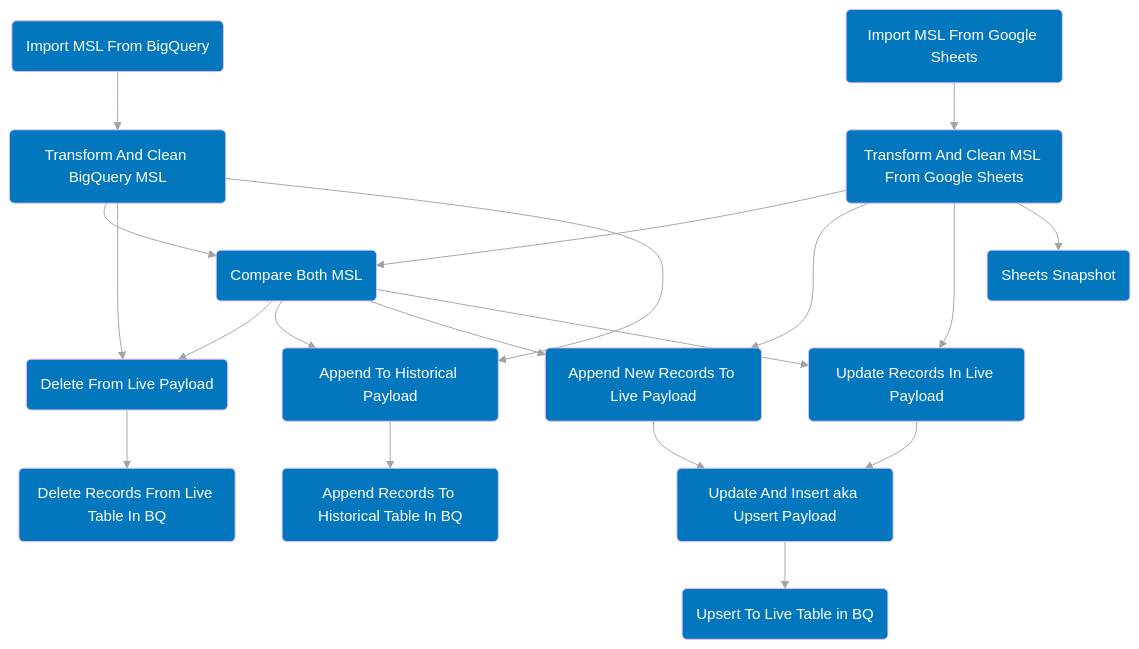
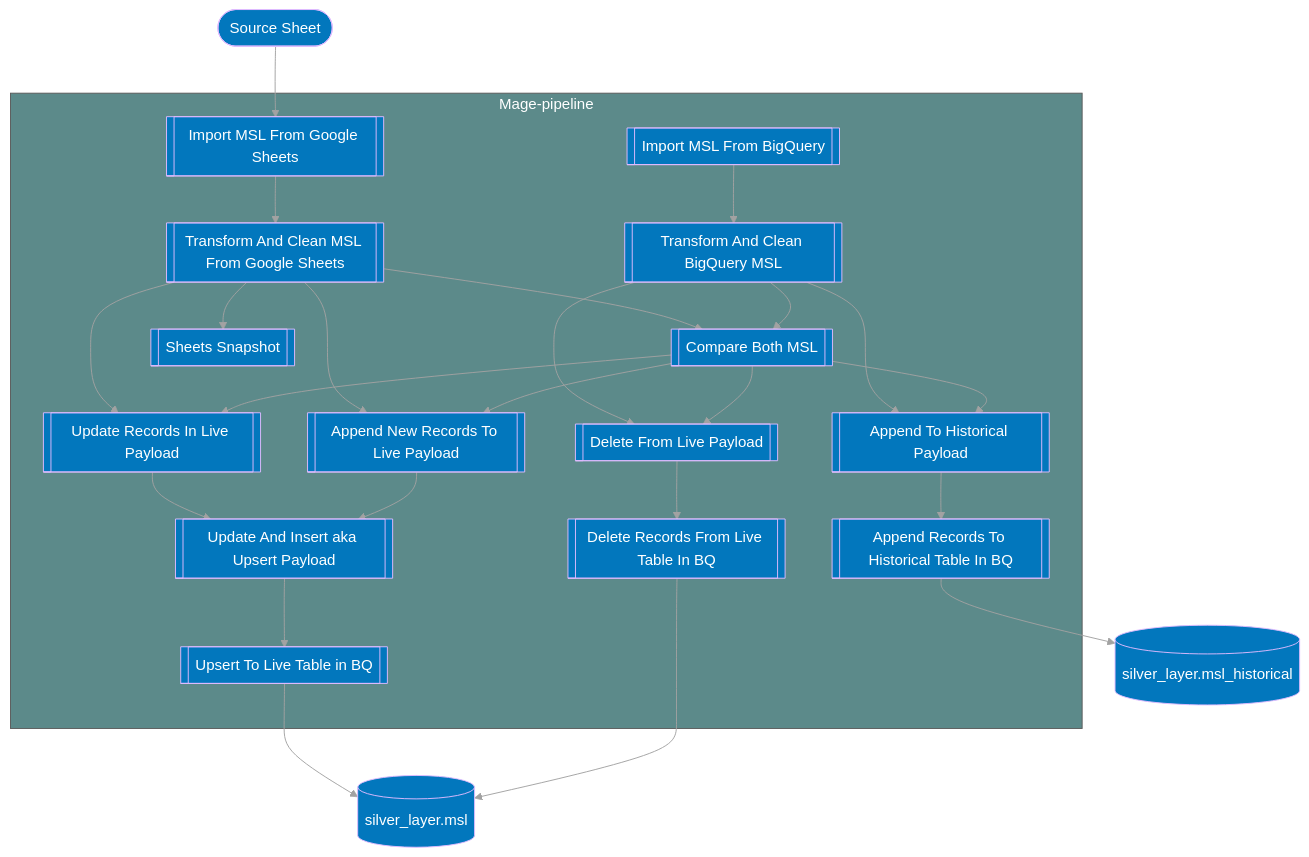
Before and after one commit to CarrierOps/1P-Wiki: the diagram in documentation/pipelines/msl.md, drawn with Mermaid. The commit also changed other lines of this file and 7 other files, not shown here.

````diff
--- a/documentation/pipelines/msl.md
+++ b/documentation/pipelines/msl.md
@@ -13,51 +13,64 @@
 ```mermaid
 %%{
   init: {
     'theme': 'base',
     'themeVariables': {
       'primaryColor': '#0277bd',
       'primaryTextColor': '#ffffff',
       'primaryBorderColor': '#e0bbff',
       'lineColor': '#a2a2a2',
       'secondaryColor': '#3f51b5',
       'tertiaryColor': '#5c8a8a',
       'tertiaryTextColor': '#ffffff'
     }
   }
 }%%
 
 flowchart TD
-id1(Import MSL From BigQuery)-->id2(Transform And Clean BigQuery MSL)
-id3(Import MSL From Google Sheets)--> id4(Transform And Clean MSL From Google Sheets)
-id2--> id5(Compare Both MSL)
+
+idsource([Source Sheet])
+idsource --> id3
+
+subgraph Mage-pipeline
+id1[[Import MSL From BigQuery]]-->id2[[Transform And Clean BigQuery MSL]]
+id3[[Import MSL From Google Sheets]]--> id4[[Transform And Clean MSL From Google Sheets]]
+id2--> id5[[Compare Both MSL]]
 id4 -->id5
-id6(Delete From Live Payload)
-id7(Append To Historical Payload)
-id8(Append New Records To Live Payload)
-id9(Update Records In Live Payload)
+id6[[Delete From Live Payload]]
+id7[[Append To Historical Payload]]
+id8[[Append New Records To Live Payload]]
+id9[[Update Records In Live Payload]]
 
 
 id5--> id6
 id5-->id7
 id5--> id8
 id5-->id9
 
 id2-->id6
 id2-->id7
 
 id4-->id8
 id4-->id9
 
-id6--> id10(Delete Records From Live Table In BQ)
-id7--> id11(Append Records To Historical Table In BQ)
+id6--> id10[[Delete Records From Live Table In BQ]]
+id7--> id11[[Append Records To Historical Table In BQ]]
 
-id12(Update And Insert aka Upsert Payload)
+id12[[Update And Insert aka Upsert Payload]]
 id8-->id12
 id9-->id12
 
-id12--> id13(Upsert To Live Table in BQ)
+id12--> id13[[Upsert To Live Table in BQ]]
 
-id0(Sheets Snapshot)
+id0[[Sheets Snapshot]]
 id4--> id0
 
+end
+id14[(silver_layer.msl_historical)]
+id15[(silver_layer.msl)]
+
+id11 --> id14
+id10-->id15
+id13 --> id15
+
 ```
````
